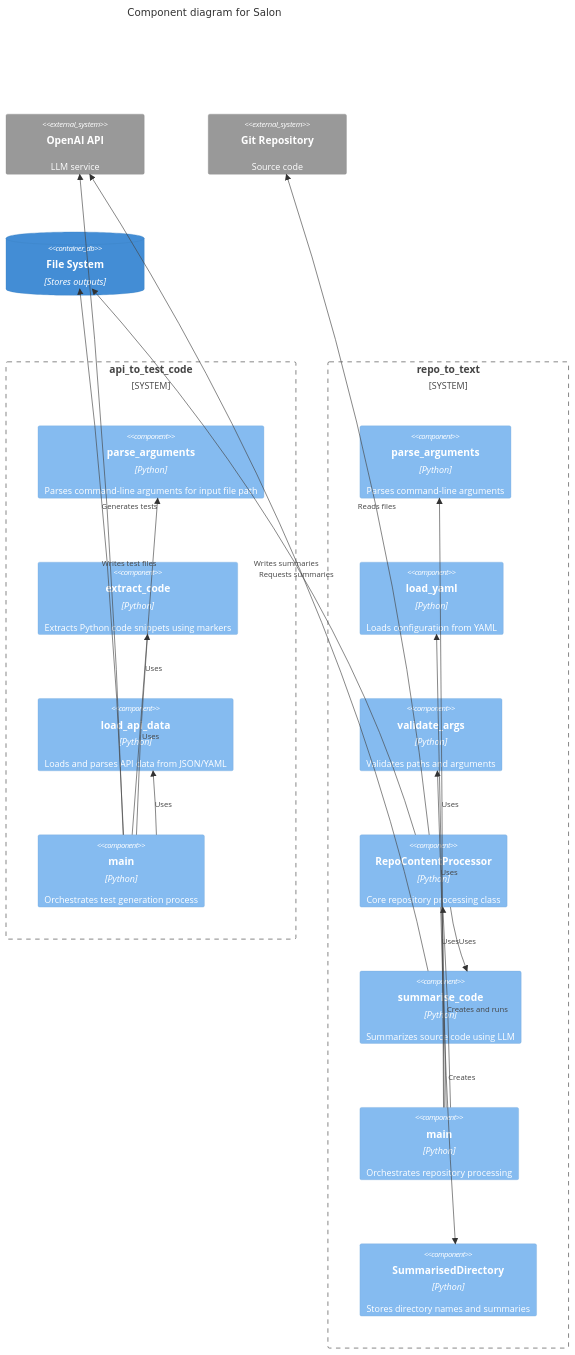
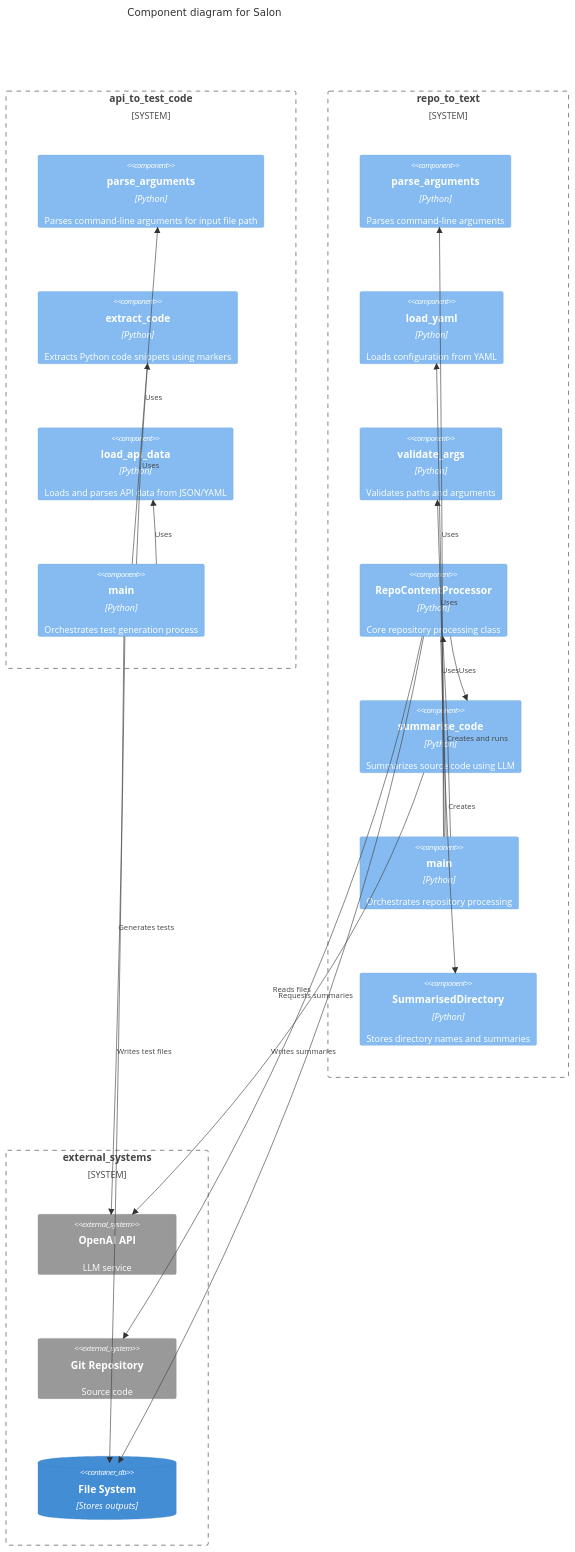
One commit to BraidTechnologies/Studio changed the diagram in Salon/C4Component.Salon.md. Above: the diagram before and after it, drawn with Mermaid.

Commit message:
Trying mermaid markdown

````diff
--- a/Salon/C4Component.Salon.md
+++ b/Salon/C4Component.Salon.md
@@ -1,45 +1,47 @@
 ```mermaid
 C4Component
 title Component diagram for Salon
 
 System_Boundary(api_to_test, "api_to_test_code") {
     Component(arg_parser1, "parse_arguments", "Python", "Parses command-line arguments for input file path")
     Component(code_extractor, "extract_code", "Python", "Extracts Python code snippets using markers")
     Component(api_loader, "load_api_data", "Python", "Loads and parses API data from JSON/YAML")
     Component(main1, "main", "Python", "Orchestrates test generation process")
 }
 
 System_Boundary(repo_to_text, "repo_to_text") {
     Component(arg_parser2, "parse_arguments", "Python", "Parses command-line arguments")
     Component(yaml_loader, "load_yaml", "Python", "Loads configuration from YAML")
     Component(validator, "validate_args", "Python", "Validates paths and arguments")
     
     Component(processor, "RepoContentProcessor", "Python", "Core repository processing class")
     Component(summarizer, "summarise_code", "Python", "Summarizes source code using LLM")
     Component(main2, "main", "Python", "Orchestrates repository processing")
 
     Component(dir_summary, "SummarisedDirectory", "Python", "Stores directory names and summaries")
 }
 
-System_Ext(openai, "OpenAI API", "LLM service")
-System_Ext(git, "Git Repository", "Source code")
-ContainerDb(fs, "File System", "Stores outputs")
+System_Boundary(external_systems, "external_systems") { 
+    System_Ext(openai, "OpenAI API", "LLM service")
+    System_Ext(git, "Git Repository", "Source code")
+    ContainerDb(fs, "File System", "Stores outputs")
+}
 
 Rel(main1, arg_parser1, "Uses")
 Rel(main1, api_loader, "Uses")
 Rel(main1, code_extractor, "Uses")
 Rel(main1, openai, "Generates tests")
 Rel(main1, fs, "Writes test files")
 
 Rel(main2, arg_parser2, "Uses")
 Rel(main2, yaml_loader, "Uses")
 Rel(main2, validator, "Uses")
 Rel(main2, processor, "Creates and runs")
 
 Rel(processor, dir_summary, "Creates")
 Rel(processor, summarizer, "Uses")
 Rel(processor, git, "Reads files")
 Rel(processor, fs, "Writes summaries")
 Rel(summarizer, openai, "Requests summaries")
 
 ```
````
